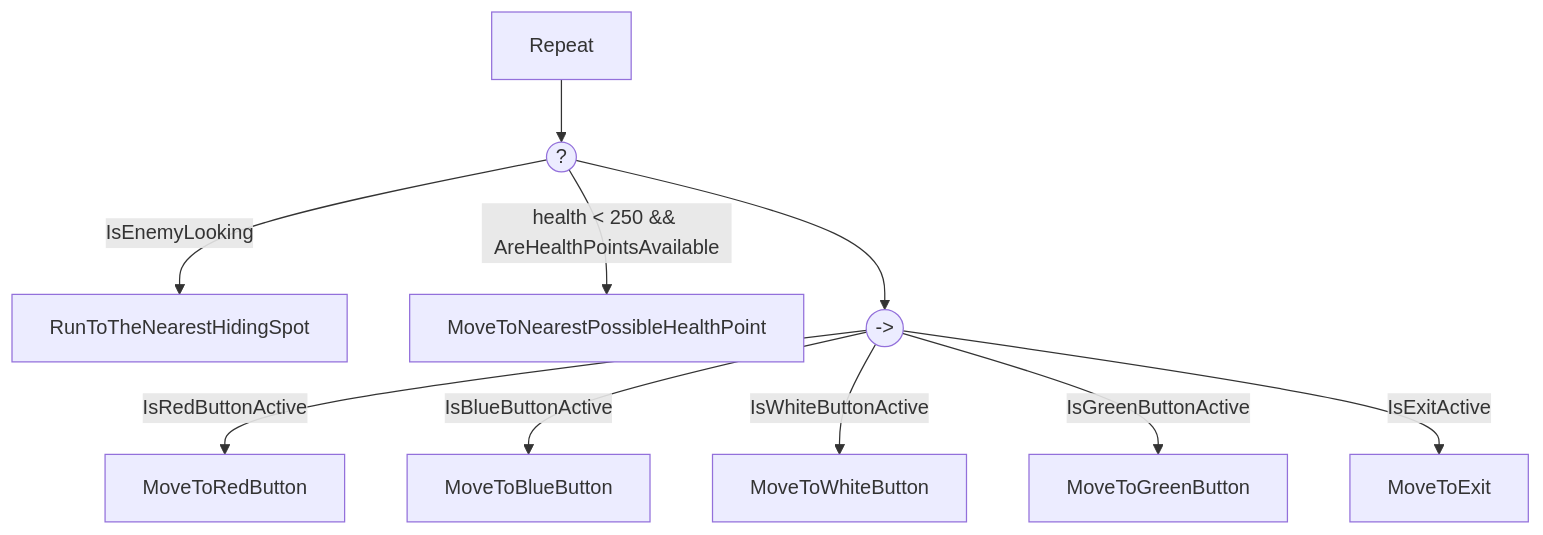
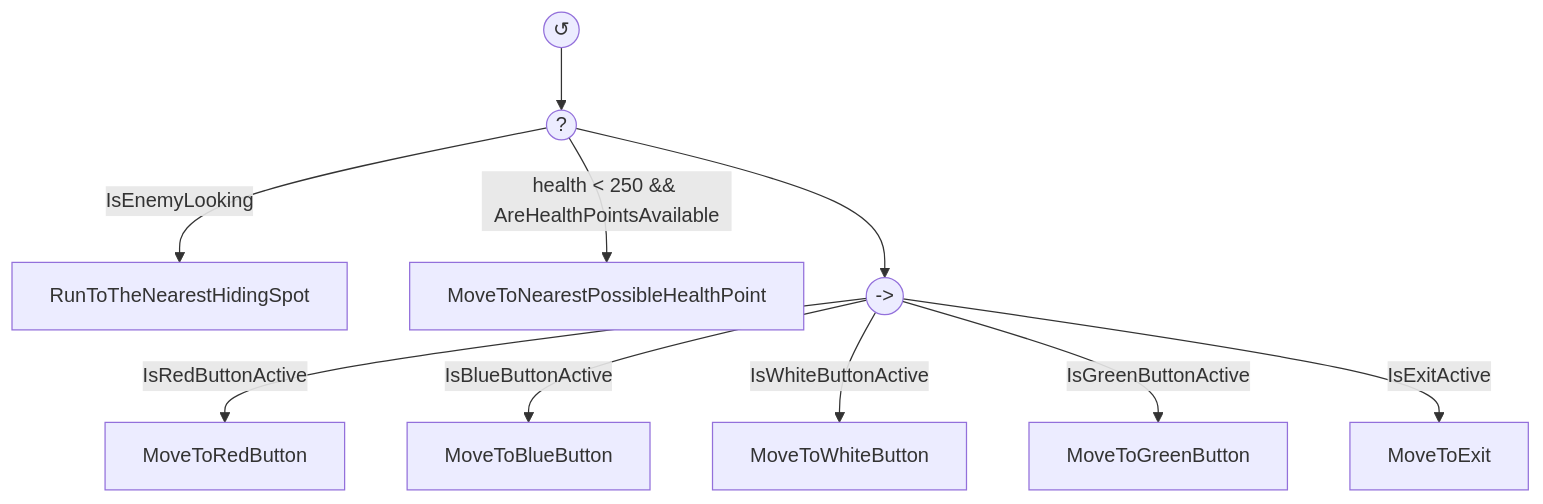
The second of 4 diagrams in README.md (IAV24-G02/IAV24-G02-P3), drawn with Mermaid before and after one commit. The commit also changed other lines of this file, not shown here.

````diff
--- a/README.md
+++ b/README.md
@@ -113,12 +113,12 @@
 ```mermaid
 flowchart TD
-    A[Repeat] --> B((?))
+    A(("↺")) --> B((?))
     B -->|IsEnemyLooking| C[RunToTheNearestHidingSpot]
     B -->|health < 250 && AreHealthPointsAvailable| D[MoveToNearestPossibleHealthPoint]
     B --> J(("->"))
     J -->|IsRedButtonActive| E[MoveToRedButton]
     J -->|IsBlueButtonActive| F[MoveToBlueButton]
     J -->|IsWhiteButtonActive| G[MoveToWhiteButton]
     J -->|IsGreenButtonActive| H[MoveToGreenButton]
     J -->|IsExitActive| I[MoveToExit]
 ```
````
